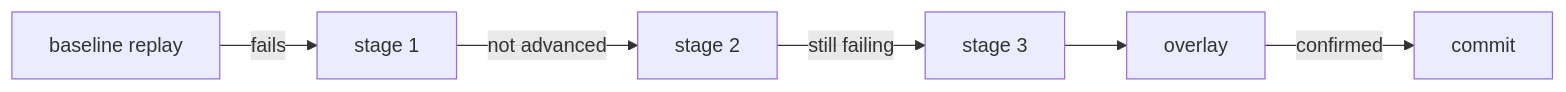
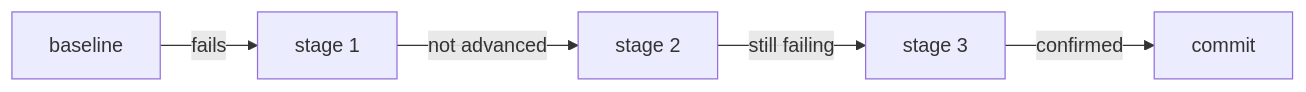
The diagram in website/src/content/docs/ja/explanation/healing-model.md (kotarotsubaki/ambercast), drawn with Mermaid before and after one commit. The commit also changed 4 other files, not shown here.

````diff
--- a/website/src/content/docs/ja/explanation/healing-model.md
+++ b/website/src/content/docs/ja/explanation/healing-model.md
@@ -24,8 +24,7 @@
 ```mermaid alt="ベースラインリプレイが失敗すると段階1のgrounding修復を試み、frontierが前進しなければ段階2のsingle-step/tail修復へ進む。失敗が残り期限前なら段階3のplan全体修復に至る。書き込みは確認の後だけ行われる。"
 flowchart LR
-  B[baseline replay] -->|fails| S1[stage 1]
+  B[baseline] -->|fails| S1[stage 1]
   S1 -->|not advanced| S2[stage 2]
   S2 -->|still failing| S3[stage 3]
-  S3 --> O[overlay]
-  O -->|confirmed| C[commit]
+  S3 -->|confirmed| C[commit]
 ```
````
